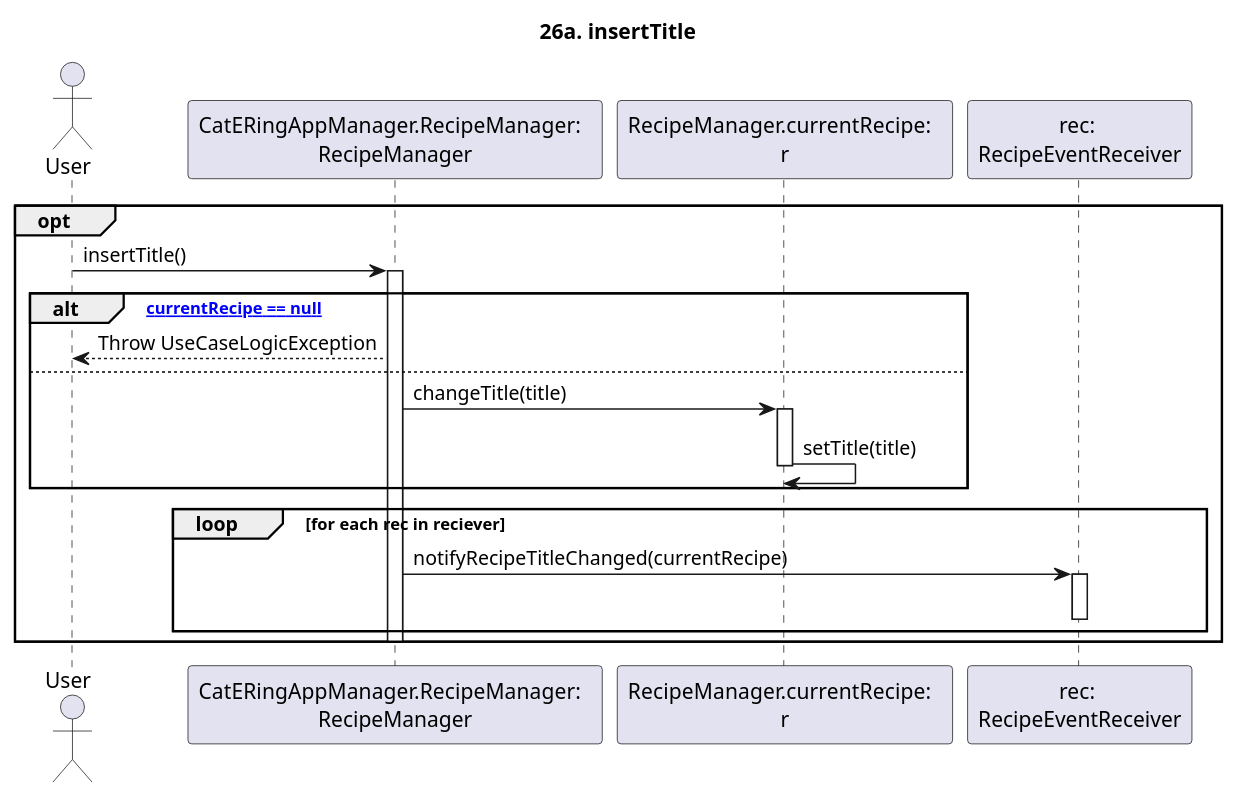
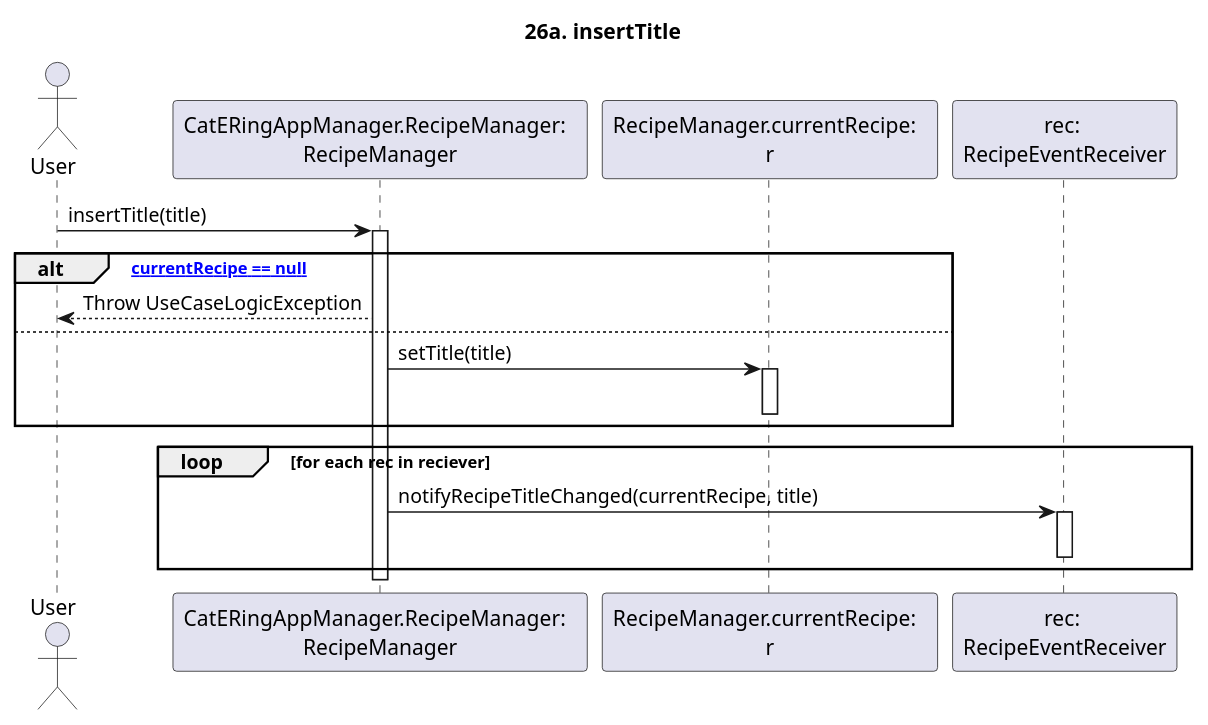
The diagram in dsd/dsd-ricette/estensioni/926a-insertTitle.md (m0canu1/sas), drawn with PlantUML before and after one commit. The commit also changed 14 other files, not shown here.

````diff
--- a/dsd/dsd-ricette/estensioni/926a-insertTitle.md
+++ b/dsd/dsd-ricette/estensioni/926a-insertTitle.md
@@ -1,28 +1,25 @@
 ```plantuml
 
 title: 26a. insertTitle
 
 Actor User
 Participant "CatERingAppManager.RecipeManager:  \nRecipeManager" as RM
 Participant "RecipeManager.currentRecipe:  \nr" as CR
 Participant "rec: \nRecipeEventReceiver" as RER
 
-opt
-	User -> RM: insertTitle()
+	User -> RM: insertTitle(title)
 	Activate RM
 	alt ["currentRecipe == null"]
 		RM --> User: Throw UseCaseLogicException
 	else
-		RM -> CR: changeTitle(title)
+		RM -> CR: setTitle(title)
 		Activate CR
-		CR -> CR: setTitle(title)
 		Deactivate CR
 	end
 	loop for each rec in reciever
-		RM -> RER: notifyRecipeTitleChanged(currentRecipe)
+		RM -> RER: notifyRecipeTitleChanged(currentRecipe, title)
 		activate RER
 		deactivate RER
 	end
 	Deactivate RM
-end
 ```
````
